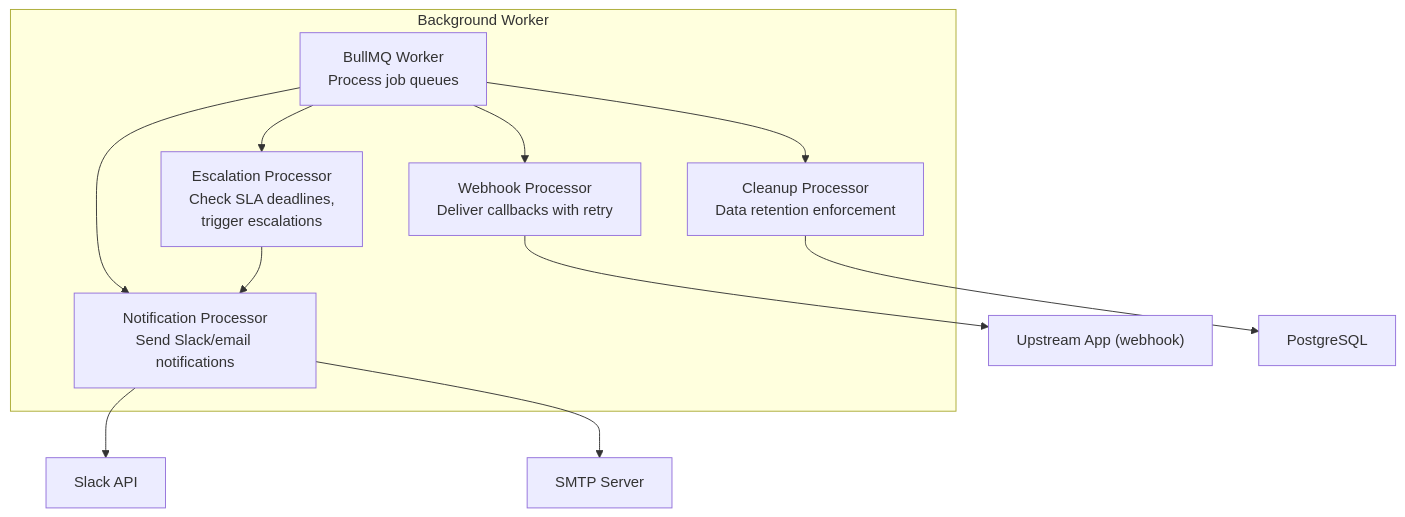
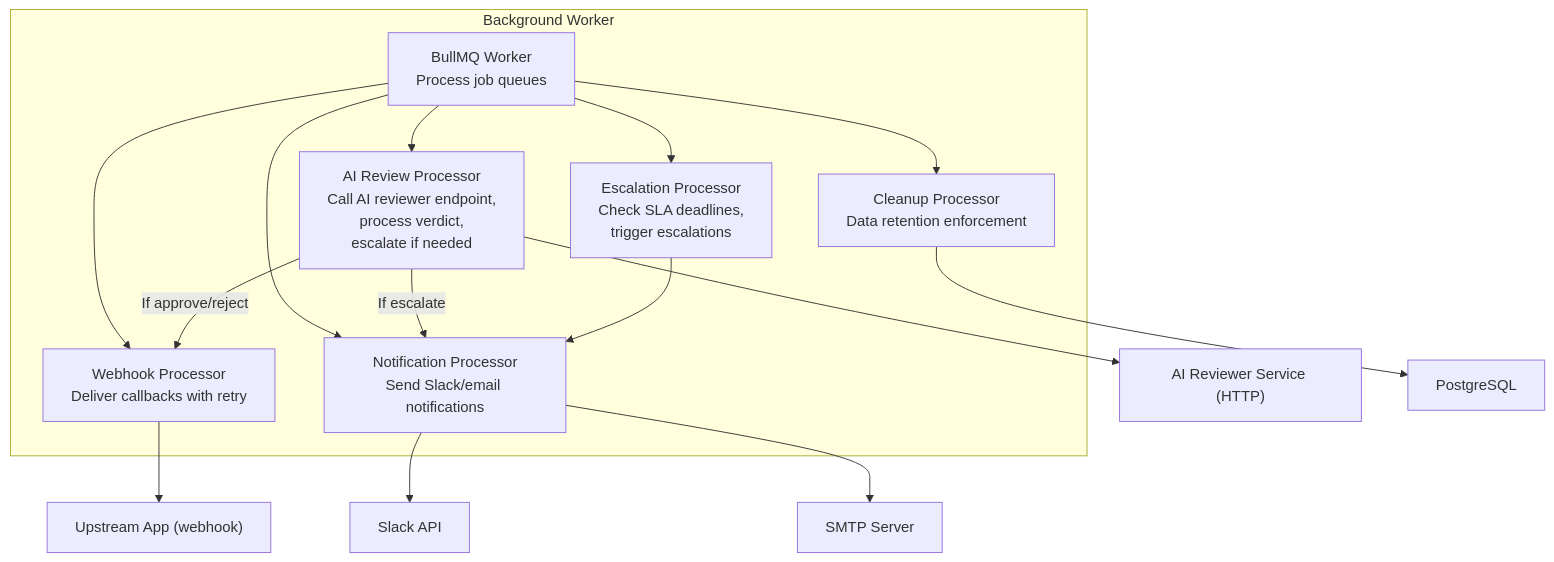
The fourth of 4 diagrams in docs/architecture/c4.md (lsadehaan/greenlight), drawn with Mermaid before and after one commit. The commit also changed other lines of this file and 5 other files, not shown here.

````diff
--- a/docs/architecture/c4.md
+++ b/docs/architecture/c4.md
@@ -132,20 +157,25 @@
 ```mermaid
 graph TD
     subgraph "Background Worker"
         BullWorker["BullMQ Worker<br/>Process job queues"]
         WebhookProcessor["Webhook Processor<br/>Deliver callbacks with retry"]
         NotifProcessor["Notification Processor<br/>Send Slack/email notifications"]
+        AIReviewProcessor["AI Review Processor<br/>Call AI reviewer endpoint,<br/>process verdict,<br/>escalate if needed"]
         EscalationProcessor["Escalation Processor<br/>Check SLA deadlines,<br/>trigger escalations"]
         CleanupProcessor["Cleanup Processor<br/>Data retention enforcement"]
     end
 
     BullWorker --> WebhookProcessor
     BullWorker --> NotifProcessor
+    BullWorker --> AIReviewProcessor
     BullWorker --> EscalationProcessor
     BullWorker --> CleanupProcessor
     WebhookProcessor --> Upstream["Upstream App (webhook)"]
     NotifProcessor --> Slack["Slack API"]
     NotifProcessor --> SMTP["SMTP Server"]
+    AIReviewProcessor --> AIReviewer["AI Reviewer Service (HTTP)"]
+    AIReviewProcessor -->|"If escalate"| NotifProcessor
+    AIReviewProcessor -->|"If approve/reject"| WebhookProcessor
     EscalationProcessor --> NotifProcessor
     CleanupProcessor --> DB["PostgreSQL"]
 ```
````
